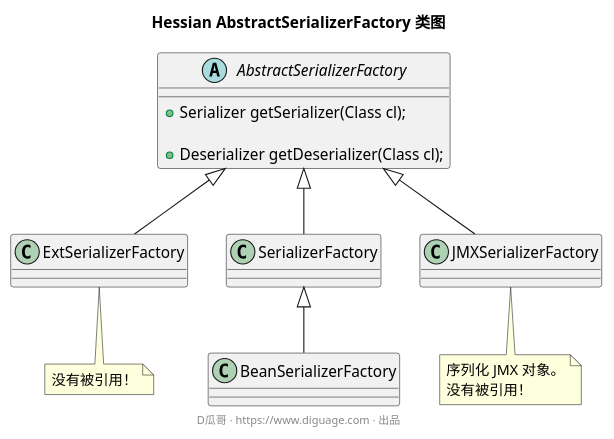
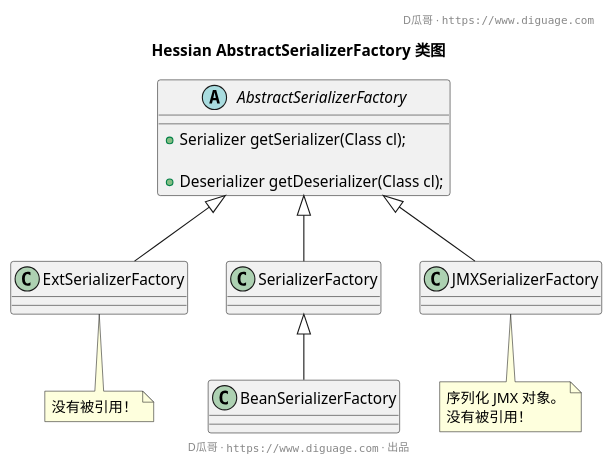
The diagram in static/diagrams/hessian-AbstractSerializerFactory.puml (diguage/www.diguage.com), drawn with PlantUML before and after one commit. The commit also changed 23 other files, not shown here.

Commit message:
更新图片，增加header及优化footer

```diff
--- a/static/diagrams/hessian-AbstractSerializerFactory.puml
+++ b/static/diagrams/hessian-AbstractSerializerFactory.puml
@@ -1,23 +1,25 @@
 @startuml
+header D瓜哥 · ""https://www.diguage.com""
+
 title **Hessian AbstractSerializerFactory 类图**
 
 abstract class AbstractSerializerFactory {
   + Serializer getSerializer(Class cl);
 
   + Deserializer getDeserializer(Class cl);
 }
 
 class ExtSerializerFactory extends AbstractSerializerFactory
 
 note bottom of ExtSerializerFactory : 没有被引用！
 
 class SerializerFactory extends AbstractSerializerFactory
 
 class BeanSerializerFactory extends SerializerFactory
 
 class JMXSerializerFactory extends AbstractSerializerFactory
 
 note bottom of JMXSerializerFactory : 序列化 JMX 对象。\n没有被引用！
 
-footer D瓜哥 · https://www.diguage.com · 出品
+footer D瓜哥 · ""https://www.diguage.com"" · 出品
 @enduml
```
